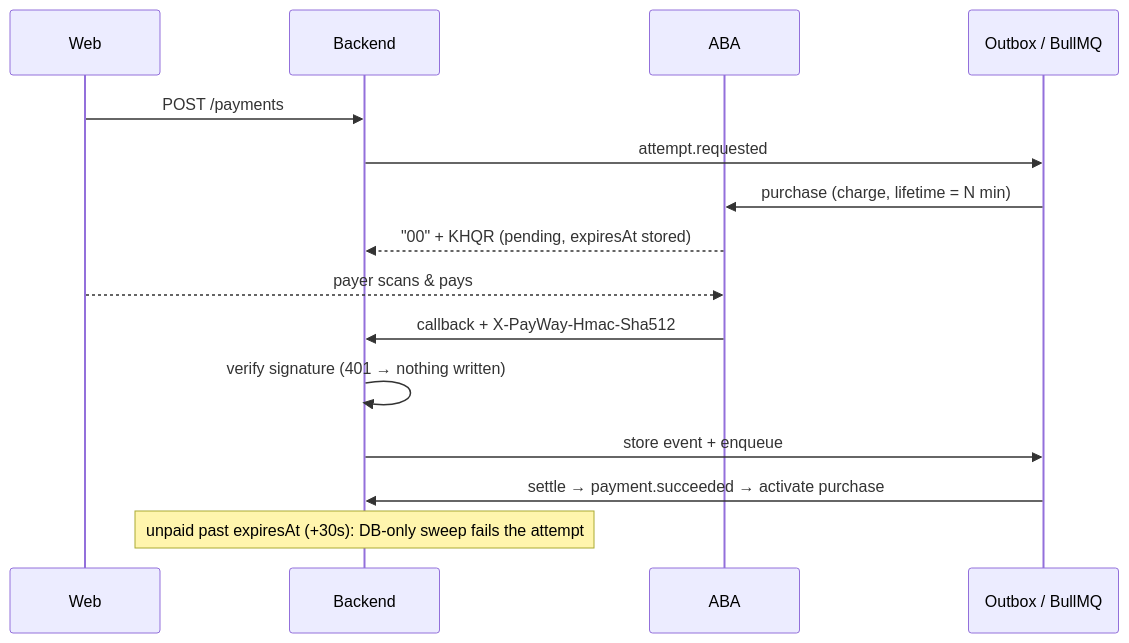
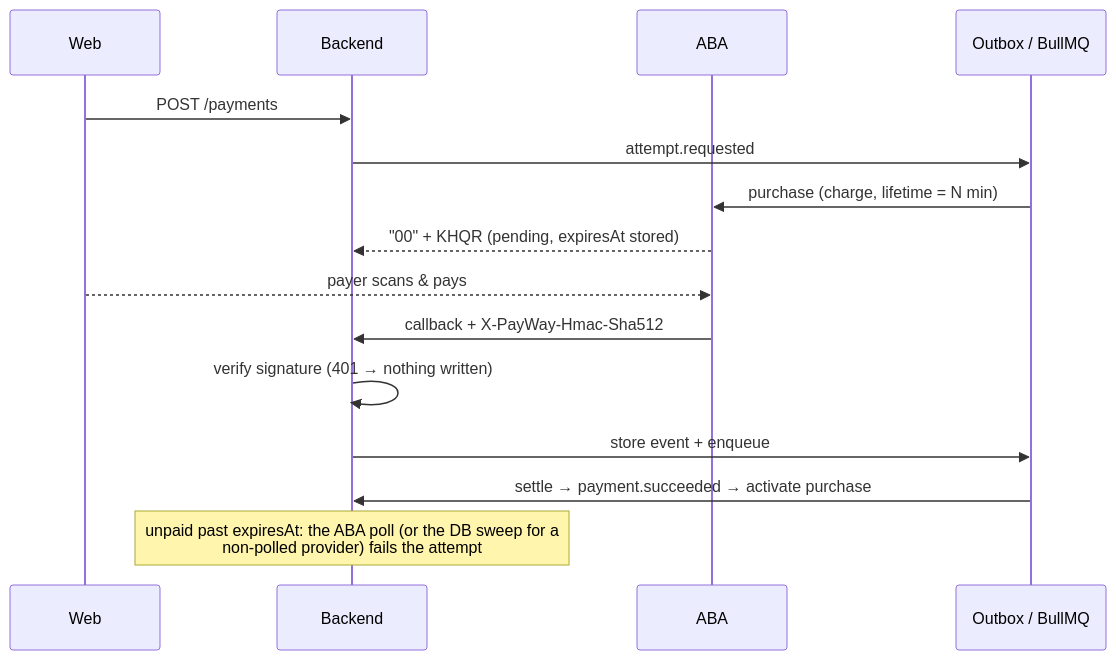
The diagram in apps/backend/src/payment/providers/aba-payway/README.md (SovannrothEang/e-phsar-khmer), drawn with Mermaid before and after one commit. The commit also changed other lines of this file and 2 other files, not shown here.

Commit message:
docs: correct the ABA recovery and default-provider notes

````diff
--- a/apps/backend/src/payment/providers/aba-payway/README.md
+++ b/apps/backend/src/payment/providers/aba-payway/README.md
@@ -71,18 +71,18 @@
 ```mermaid
 sequenceDiagram
     participant Web
     participant API as Backend
     participant ABA
     participant Q as Outbox / BullMQ
 
     Web->>API: POST /payments
     API->>Q: attempt.requested
     Q->>ABA: purchase (charge, lifetime = N min)
     ABA-->>API: "00" + KHQR (pending, expiresAt stored)
     Web-->>ABA: payer scans & pays
     ABA->>API: callback + X-PayWay-Hmac-Sha512
     API->>API: verify signature (401 → nothing written)
     API->>Q: store event + enqueue
     Q->>API: settle → payment.succeeded → activate purchase
-    Note over API: unpaid past expiresAt (+30s): DB-only sweep fails the attempt
+    Note over API: unpaid past expiresAt: the ABA poll (or the DB sweep for a<br/>non-polled provider) fails the attempt
 ```
````
